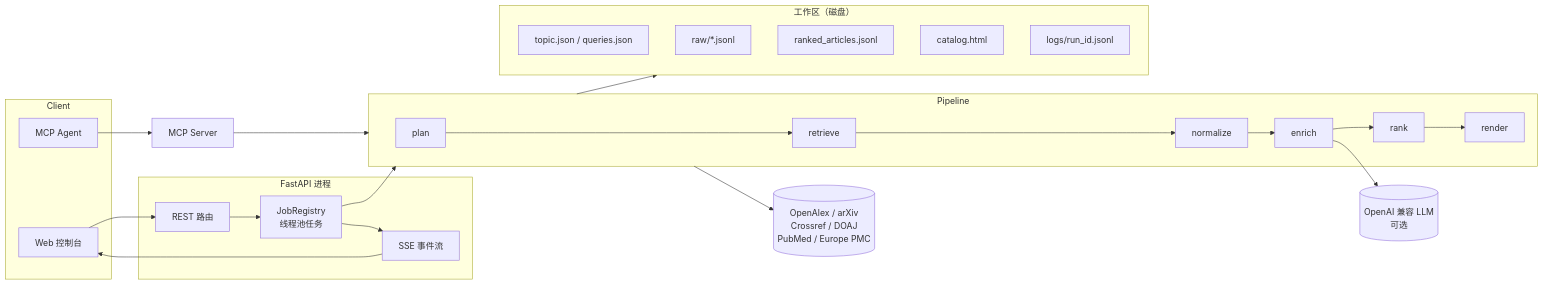
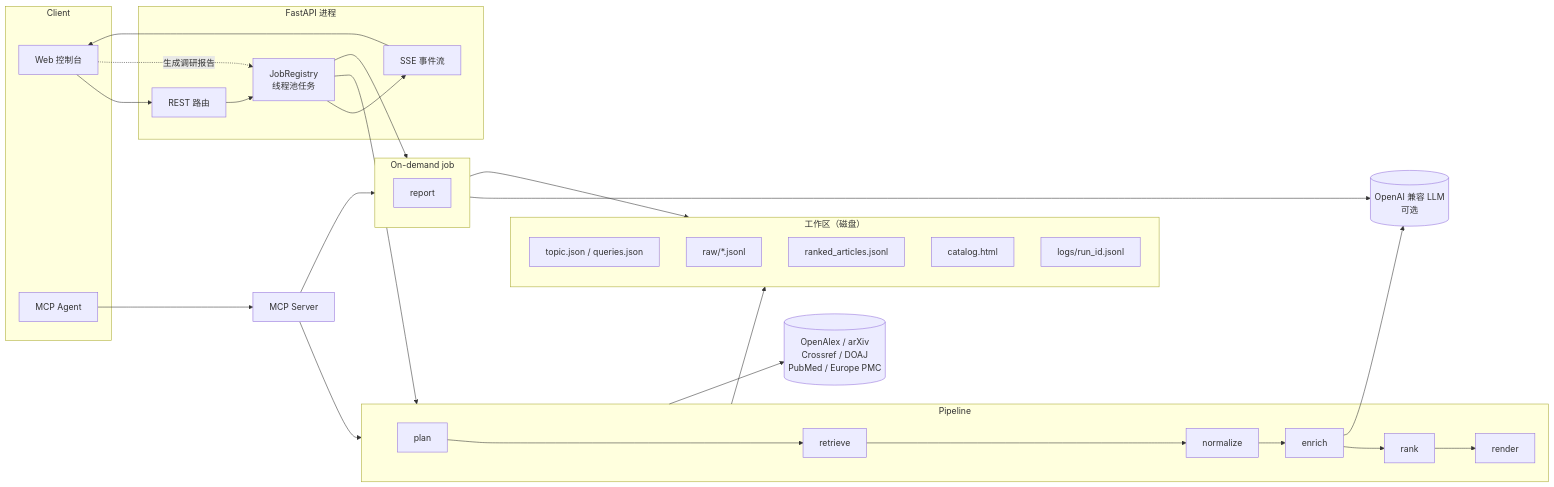
The diagram in README.md (njuptemmm/Sextant), drawn with Mermaid before and after one commit. The commit also changed other lines of this file and 16 other files, not shown here.

First line of the commit message:
feat(report): make the integrated report a standalone observable job

````diff
--- a/README.md
+++ b/README.md
@@ -82,33 +82,40 @@
 ```mermaid
 flowchart LR
     subgraph Client
         W[Web 控制台]
         A[MCP Agent]
     end
     subgraph API["FastAPI 进程"]
         R[REST 路由]
         J[JobRegistry<br/>线程池任务]
         S[SSE 事件流]
     end
     subgraph Core["Pipeline"]
         P1[plan] --> P2[retrieve] --> P3[normalize] --> P4[enrich] --> P5[rank] --> P6[render]
     end
+    subgraph Report["On-demand job"]
+        RP[report]
+    end
     subgraph Data["工作区（磁盘）"]
         D1[topic.json / queries.json]
         D2[raw/*.jsonl]
         D3[ranked_articles.jsonl]
         D4[catalog.html]
         D5[logs/run_id.jsonl]
     end
     O[(OpenAlex / arXiv<br/>Crossref / DOAJ<br/>PubMed / Europe PMC)]
     L[(OpenAI 兼容 LLM<br/>可选)]
 
     W --> R
     A --> M[MCP Server]
     R --> J --> Core
+    W -. "生成调研报告" .-> J --> Report
     Core --> O
     P4 --> L
+    Report --> L
     Core --> Data
+    Report --> Data
     J --> S --> W
     M --> Core
+    M --> Report
 ```
````
